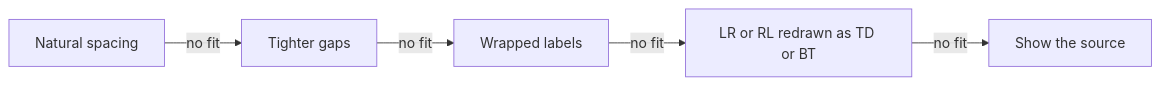
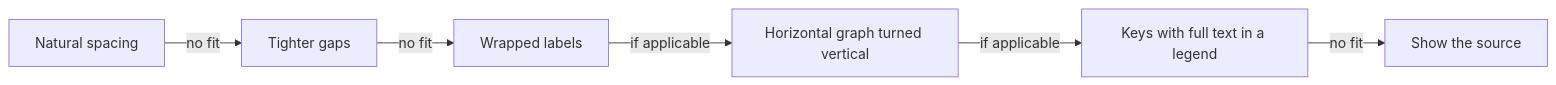
One commit to D0n9X1n/mermaid-tty changed the diagram in wiki/Usage.md. Above: the diagram before and after it, drawn with Mermaid. The commit also changed other lines of this file and 714 other files, not shown here.

First line of the commit message:
mermaid-tty v1.0.0 (#6)

````diff
--- a/wiki/Usage.md
+++ b/wiki/Usage.md
@@ -149,7 +201,8 @@
 ```mermaid
 flowchart LR
   N[Natural spacing] -->|no fit| T[Tighter gaps]
   T -->|no fit| W[Wrapped labels]
-  W -->|no fit| R[LR or RL redrawn as TD or BT]
-  R -->|no fit| S[Show the source]
+  W -->|if applicable| R[Horizontal graph turned vertical]
+  R -->|if applicable| K[Keys with full text in a legend]
+  K -->|no fit| S[Show the source]
 ```
````
